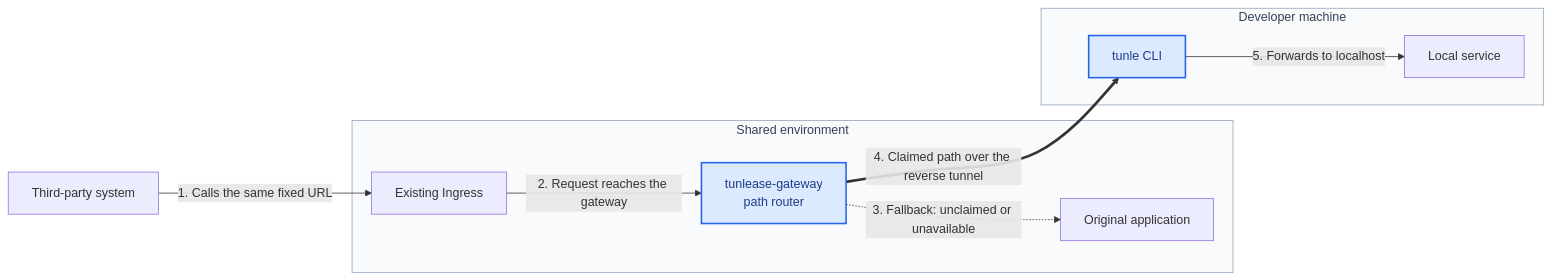
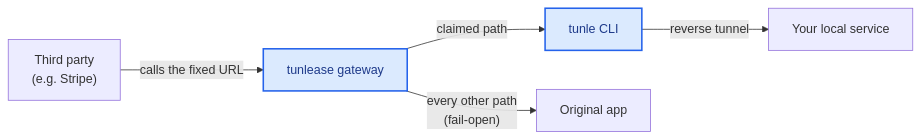
Before and after one commit to iml885203/tunlease: the diagram in README.md, drawn with Mermaid. The commit also changed other lines of this file and 6 other files, not shown here.

````diff
--- a/README.md
+++ b/README.md
@@ -22,20 +22,11 @@
 ```mermaid
 flowchart LR
-    ThirdParty[Third-party system] -->|"1. Calls the same fixed URL"| Ingress[Existing Ingress]
+    TP["Third party<br/>(e.g. Stripe)"] -->|"calls the fixed URL"| GW[tunlease gateway]
 
-    subgraph Shared[Shared environment]
-        Ingress -->|"2. Request reaches the gateway"| Gateway[tunlease-gateway<br/>path router]
-        Gateway -.->|"3. Fallback: unclaimed or unavailable"| App[Original application]
-    end
-
-    subgraph Laptop[Developer machine]
-        CLI[tunle CLI] -->|"5. Forwards to localhost"| Local[Local service]
-    end
-
-    Gateway ==>|"4. Claimed path over the reverse tunnel"| CLI
+    GW -->|"claimed path"| CLI[tunle CLI]
+    GW -->|"every other path<br/>(fail-open)"| App[Original app]
+    CLI -->|"reverse tunnel"| Local[Your local service]
 
     classDef tunlease fill:#dbeafe,stroke:#2563eb,color:#1e3a8a,stroke-width:2px;
-    class CLI,Gateway tunlease;
-    style Shared fill:#f8fafc,stroke:#94a3b8,color:#334155
-    style Laptop fill:#f8fafc,stroke:#94a3b8,color:#334155
+    class GW,CLI tunlease;
 ```
````
